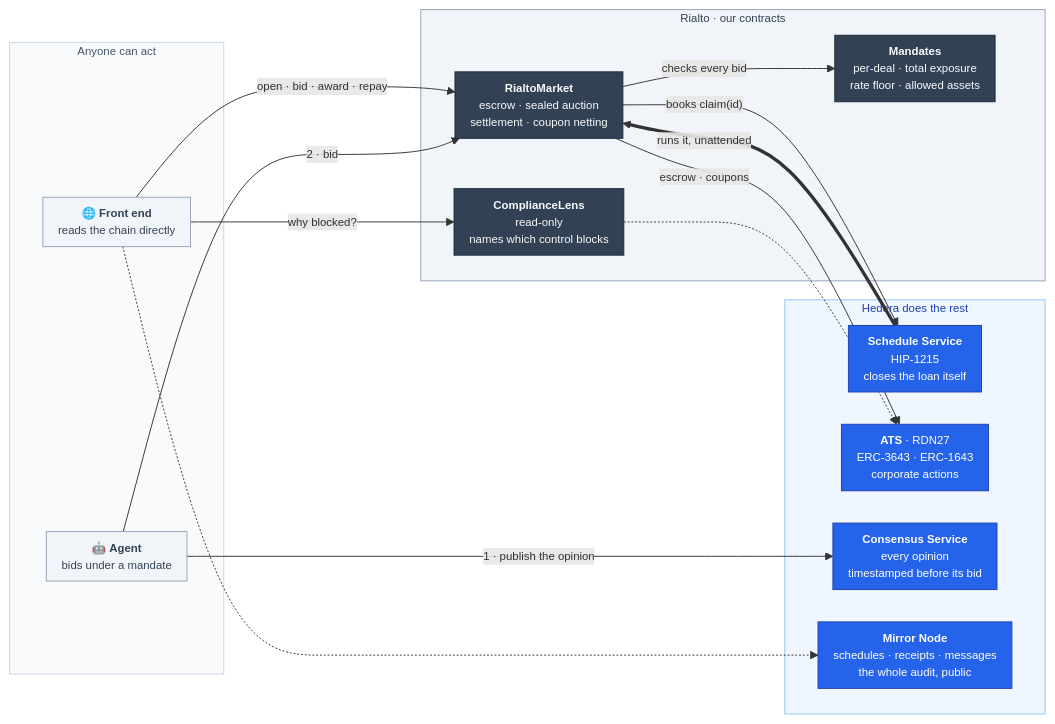
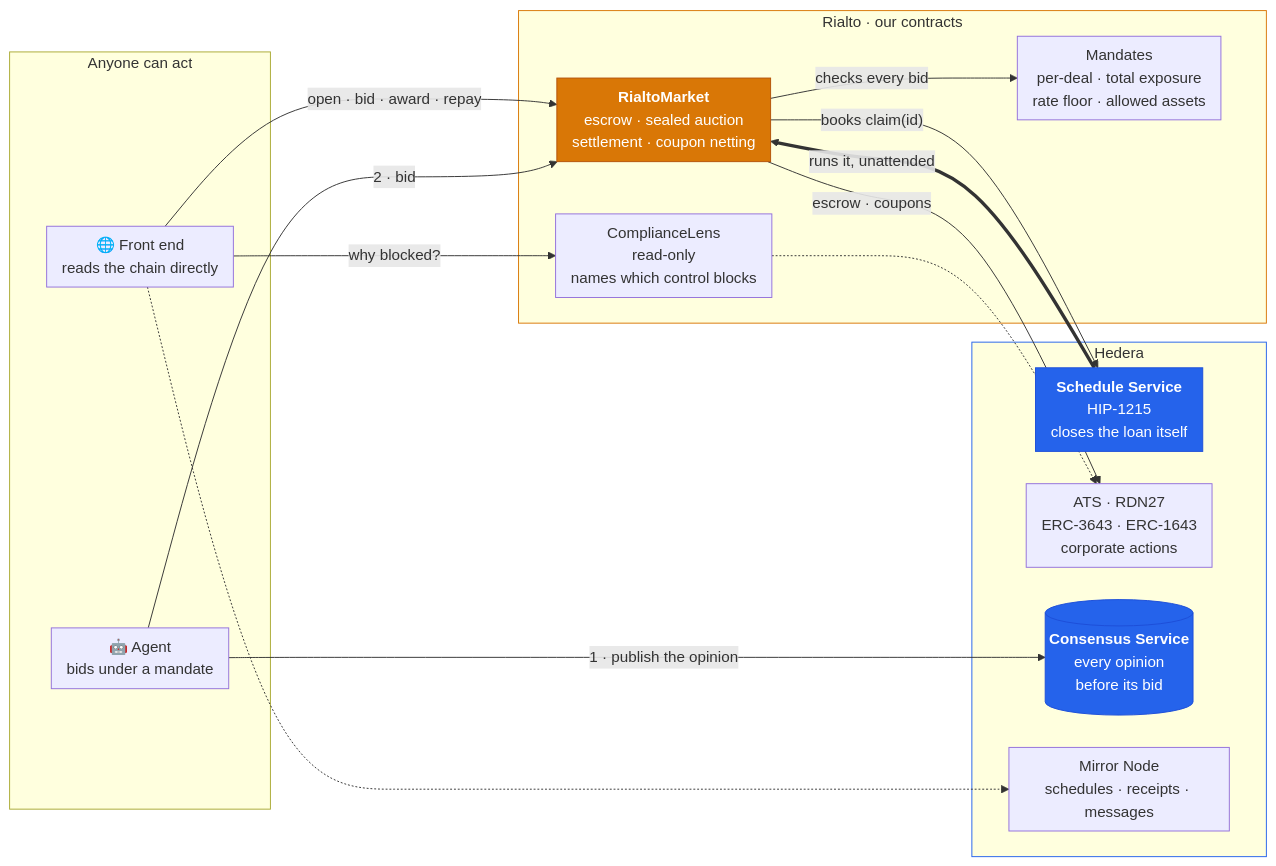
Before and after one commit to Madhav-Gupta-28/Rialto: the second of 2 diagrams in README.md, drawn with Mermaid. The commit also changed other lines of this file, not shown here.

First line of the commit message:
Let the diagrams use the README's own theme

````diff
--- a/README.md
+++ b/README.md
@@ -164,48 +168,45 @@
 ```mermaid
 ---
 config:
   flowchart:
     nodeSpacing: 34
-    rankSpacing: 70
+    rankSpacing: 78
     padding: 8
     useMaxWidth: true
-  themeVariables:
-    fontSize: 12px
 ---
 flowchart LR
     subgraph anyone["Anyone can act"]
-        UI["🌐 <b>Front end</b><br/>reads the chain directly"]:::actor
-        AG["🤖 <b>Agent</b><br/>bids under a mandate"]:::actor
+        UI["🌐 Front end<br/>reads the chain directly"]
+        AG["🤖 Agent<br/>bids under a mandate"]
     end
 
     subgraph rialto["Rialto · our contracts"]
-        MK["<b>RialtoMarket</b><br/>escrow · sealed auction<br/>settlement · coupon netting"]:::rialto
-        MD["<b>Mandates</b><br/>per-deal · total exposure<br/>rate floor · allowed assets"]:::rialto
-        CL["<b>ComplianceLens</b><br/>read-only<br/>names which control blocks"]:::rialto
+        MK["<b>RialtoMarket</b><br/>escrow · sealed auction<br/>settlement · coupon netting"]
+        MD["Mandates<br/>per-deal · total exposure<br/>rate floor · allowed assets"]
+        CL["ComplianceLens<br/>read-only<br/>names which control blocks"]
     end
 
-    subgraph hedera["Hedera does the rest"]
-        HSS["<b>Schedule Service</b><br/>HIP-1215<br/>closes the loan itself"]:::hedera
-        ATS["<b>ATS</b> · RDN27<br/>ERC-3643 · ERC-1643<br/>corporate actions"]:::hedera
-        HCS["<b>Consensus Service</b><br/>every opinion<br/>timestamped before its bid"]:::hedera
-        MN["<b>Mirror Node</b><br/>schedules · receipts · messages<br/>the whole audit, public"]:::hedera
+    subgraph hedera["Hedera"]
+        HSS["<b>Schedule Service</b><br/>HIP-1215<br/>closes the loan itself"]
+        ATS["ATS · RDN27<br/>ERC-3643 · ERC-1643<br/>corporate actions"]
+        HCS[("<b>Consensus Service</b><br/>every opinion<br/>before its bid")]
+        MN["Mirror Node<br/>schedules · receipts · messages"]
     end
 
     UI -->|"open · bid · award · repay"| MK
     UI -->|"why blocked?"| CL
     AG -->|"1 · publish the opinion"| HCS
     AG -->|"2 · bid"| MK
     MK -->|"checks every bid"| MD
     MK -->|"escrow · coupons"| ATS
     MK -->|"books claim(id)"| HSS
     HSS ==>|"runs it, unattended"| MK
     CL -.-> ATS
     UI -.-> MN
 
-    classDef rialto fill:#334155,stroke:#1E293B,color:#F8FAFC
-    classDef hedera fill:#2563EB,stroke:#1E40AF,color:#FFFFFF
-    classDef actor fill:#F1F5F9,stroke:#94A3B8,color:#334155
-    style anyone fill:#F8FAFC,stroke:#CBD5E1,color:#475569
-    style rialto fill:#F1F5F9,stroke:#94A3B8,color:#334155
-    style hedera fill:#EFF6FF,stroke:#93C5FD,color:#1E40AF
+    style MK fill:#D97706,stroke:#B45309,color:#FFFFFF
+    style HSS fill:#2563EB,stroke:#1D4ED8,color:#FFFFFF
+    style HCS fill:#2563EB,stroke:#1D4ED8,color:#FFFFFF
+    style rialto stroke:#D97706
+    style hedera stroke:#2563EB
 ```
````
